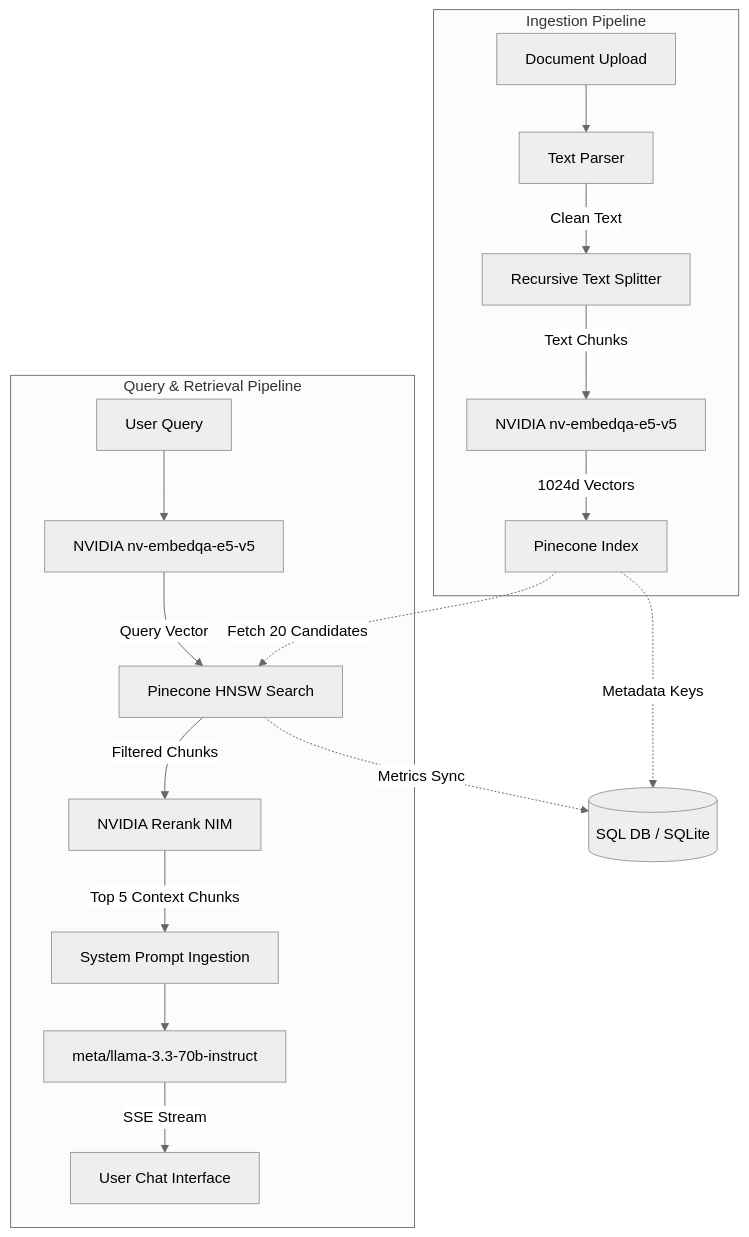
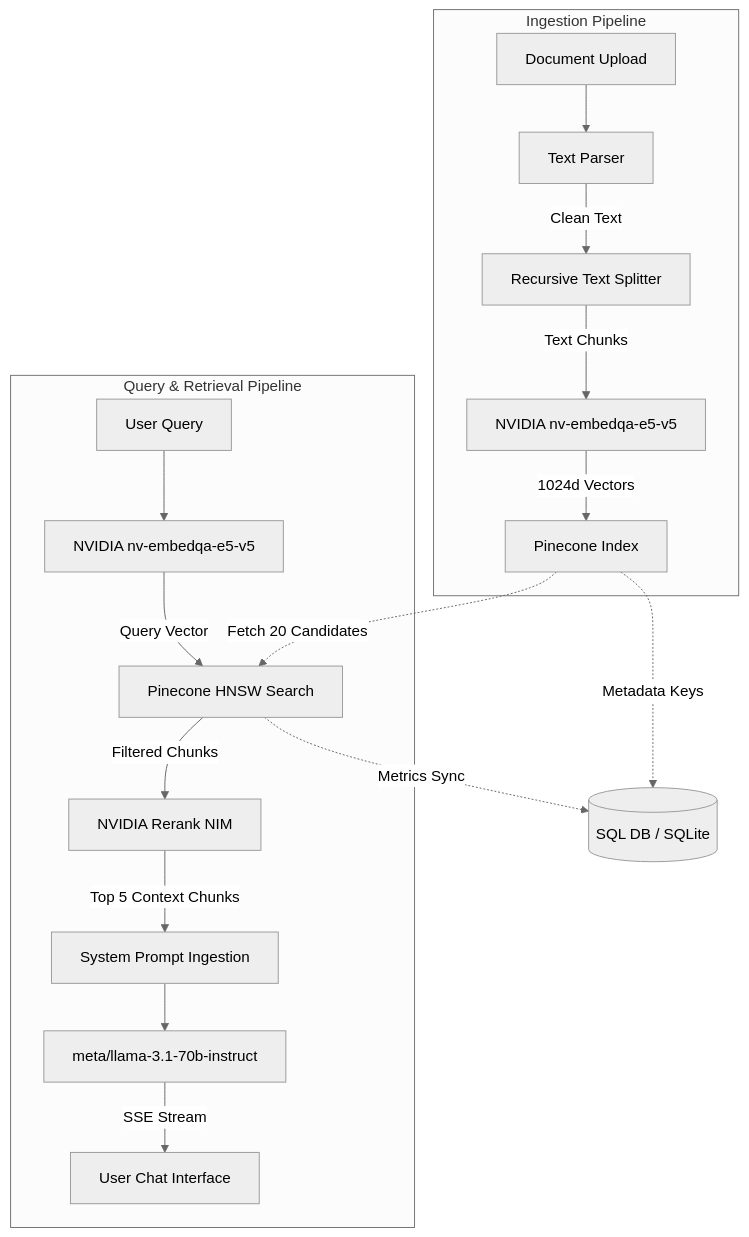
The diagram in docs/architecture.md (SreeAditya-Dev/Producation-RAG-System), drawn with Mermaid (neutral theme) before and after one commit. The commit also changed other lines of this file and 3 other files, not shown here.

First line of the commit message:
chore: downgrade LLM model to meta/llama-3.1-70b-instruct

````diff
--- a/docs/architecture.md
+++ b/docs/architecture.md
@@ -15,25 +15,25 @@
 ```mermaid
 graph TD
     %% Ingestion Flow
     subgraph Ingestion Pipeline
         A[Document Upload] --> B[Text Parser]
         B -->|Clean Text| C[Recursive Text Splitter]
         C -->|Text Chunks| D[NVIDIA nv-embedqa-e5-v5]
         D -->|1024d Vectors| E[Pinecone Index]
     end
 
     %% Query Flow
     subgraph Query & Retrieval Pipeline
         Q[User Query] --> F[NVIDIA nv-embedqa-e5-v5]
         F -->|Query Vector| G[Pinecone HNSW Search]
         E -.->|Fetch 20 Candidates| G
         G -->|Filtered Chunks| H[NVIDIA Rerank NIM]
         H -->|Top 5 Context Chunks| I[System Prompt Ingestion]
-        I --> J[meta/llama-3.3-70b-instruct]
+        I --> J[meta/llama-3.1-70b-instruct]
         J -->|SSE Stream| K[User Chat Interface]
     end
 
     %% Database Sync
     E -.->|Metadata Keys| DB[(SQL DB / SQLite)]
     G -.->|Metrics Sync| DB
 ```
````
